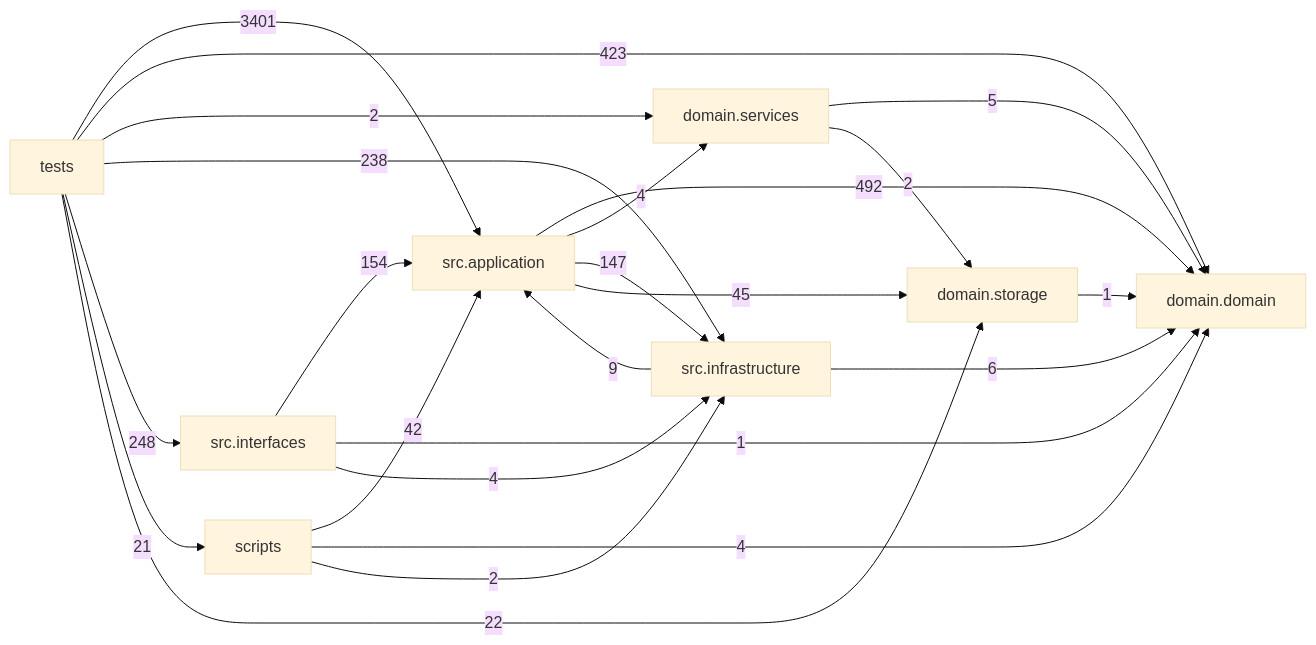
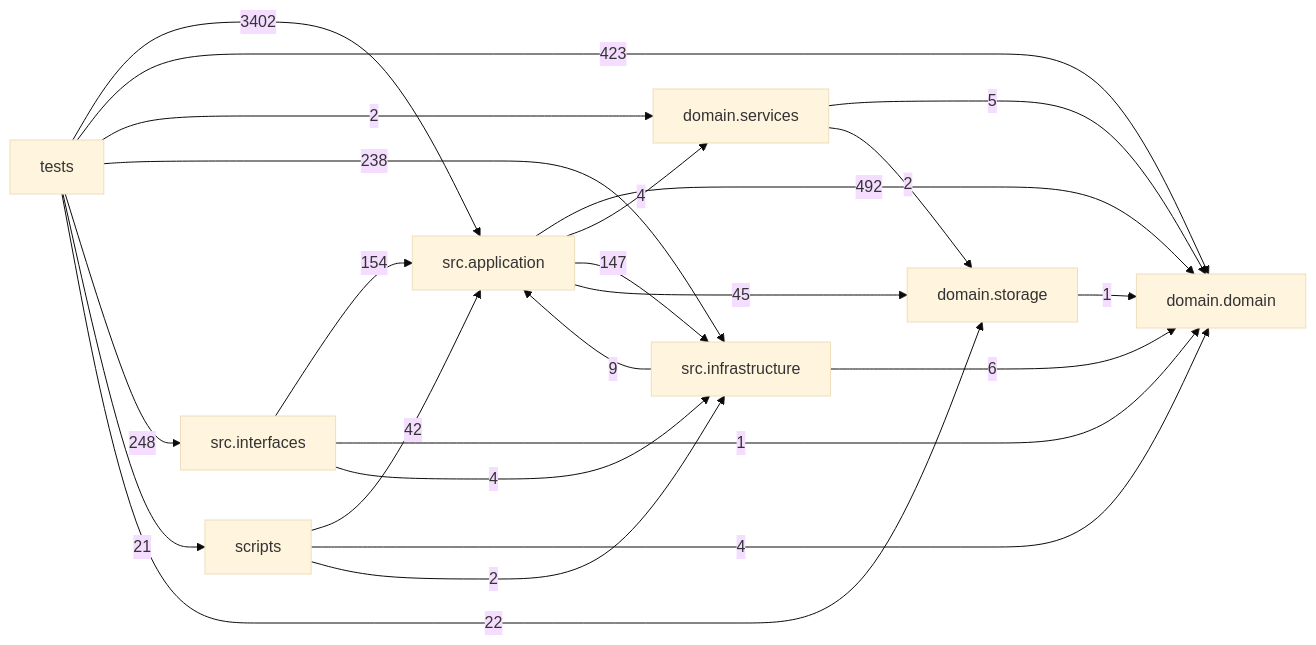
The diagram in docs/DEPENDENCY_GRAPH.md (liuxie066/options-monitor), drawn with Mermaid (base theme) before and after one commit. The commit also changed other lines of this file and 2 other files, not shown here.

````diff
--- a/docs/DEPENDENCY_GRAPH.md
+++ b/docs/DEPENDENCY_GRAPH.md
@@ -24,33 +24,33 @@
 ```mermaid
 flowchart LR
   tests["tests"]
   scripts["scripts"]
   interfaces["src.interfaces"]
   application["src.application"]
   infrastructure["src.infrastructure"]
   domain_services["domain.services"]
   domain["domain.domain"]
   storage["domain.storage"]
   application -->|492| domain
   application -->|4| domain_services
   application -->|147| infrastructure
   application -->|45| storage
   domain_services -->|5| domain
   domain_services -->|2| storage
   infrastructure -->|9| application
   infrastructure -->|6| domain
   interfaces -->|154| application
   interfaces -->|1| domain
   interfaces -->|4| infrastructure
   scripts -->|42| application
   scripts -->|4| domain
   scripts -->|2| infrastructure
   storage -->|1| domain
-  tests -->|3401| application
+  tests -->|3402| application
   tests -->|423| domain
   tests -->|2| domain_services
   tests -->|238| infrastructure
   tests -->|248| interfaces
   tests -->|21| scripts
   tests -->|22| storage
 ```
````
